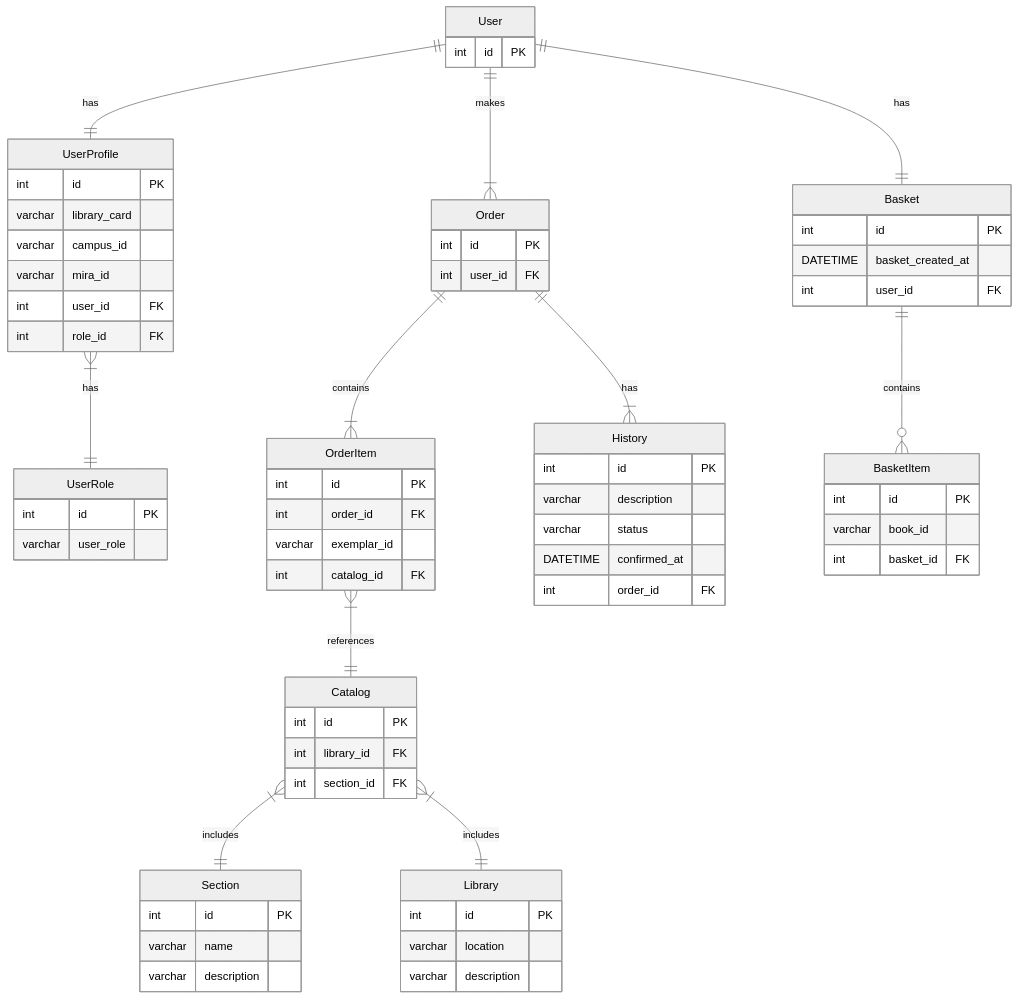
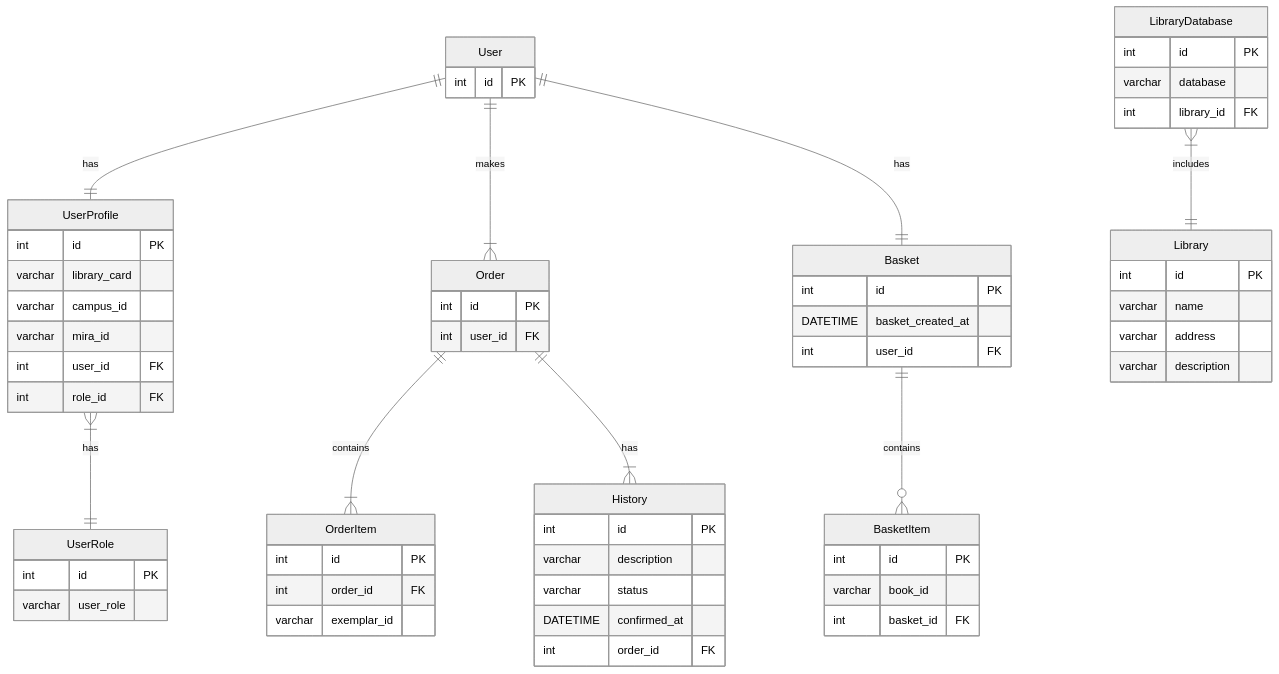
Before and after one commit to nnn1ki/library-online: the second of 2 diagrams in README.md, drawn with Mermaid (neutral theme). The commit also changed 5 other files, not shown here.

````diff
--- a/README.md
+++ b/README.md
@@ -32,81 +32,74 @@
 ```mermaid
 erDiagram
     User ||--|| UserProfile : has
     User ||--|{ Order : makes
     User ||--|| Basket : has
     UserProfile }|--|| UserRole : has
     Order ||--|{ OrderItem : contains
     Order ||--|{ History : has
-    OrderItem }|--|| Catalog : references
     Basket ||--o{ BasketItem : contains
-    Catalog }|--|| Section : includes
-    Catalog }|--|| Library : includes
+    
+    LibraryDatabase }|--|| Library : includes
     
     User { 
       int id PK 
     }
 
     UserProfile {
       int id PK 
       varchar library_card
       varchar campus_id 
       varchar mira_id
       int user_id FK
       int role_id FK
     }
 
     UserRole{
         int id PK
         varchar user_role 
     }
     
     Basket {
         int id PK 
         DATETIME basket_created_at 
         int user_id FK
     }
 
     BasketItem{
         int id PK
         varchar book_id
         int basket_id FK
     }
 
     Order{
         int id PK  
         int user_id FK
     }
 
     History{
         int id PK
         varchar description
         varchar status
         DATETIME confirmed_at
         int order_id FK 
     }
 
     OrderItem{
         int id PK
         int order_id FK
         varchar exemplar_id
-        int catalog_id FK
-    }
-
-    Section{
-        int id PK
-        varchar name
-        varchar description
     }
 
     Library {
         int id PK
-        varchar location
+        varchar name
+        varchar address
         varchar description
     }
 
-    Catalog{
+    LibraryDatabase {
         int id PK
+        varchar database
         int library_id FK
-        int section_id FK
     }
 ```
````
